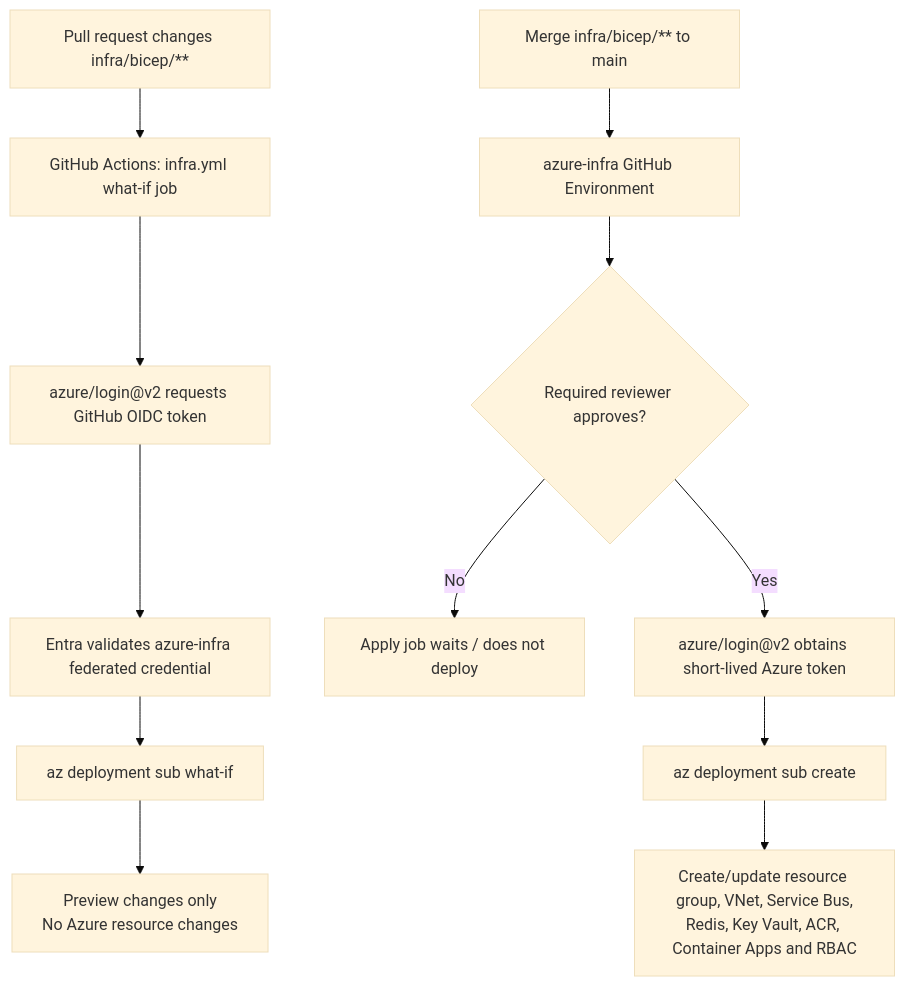
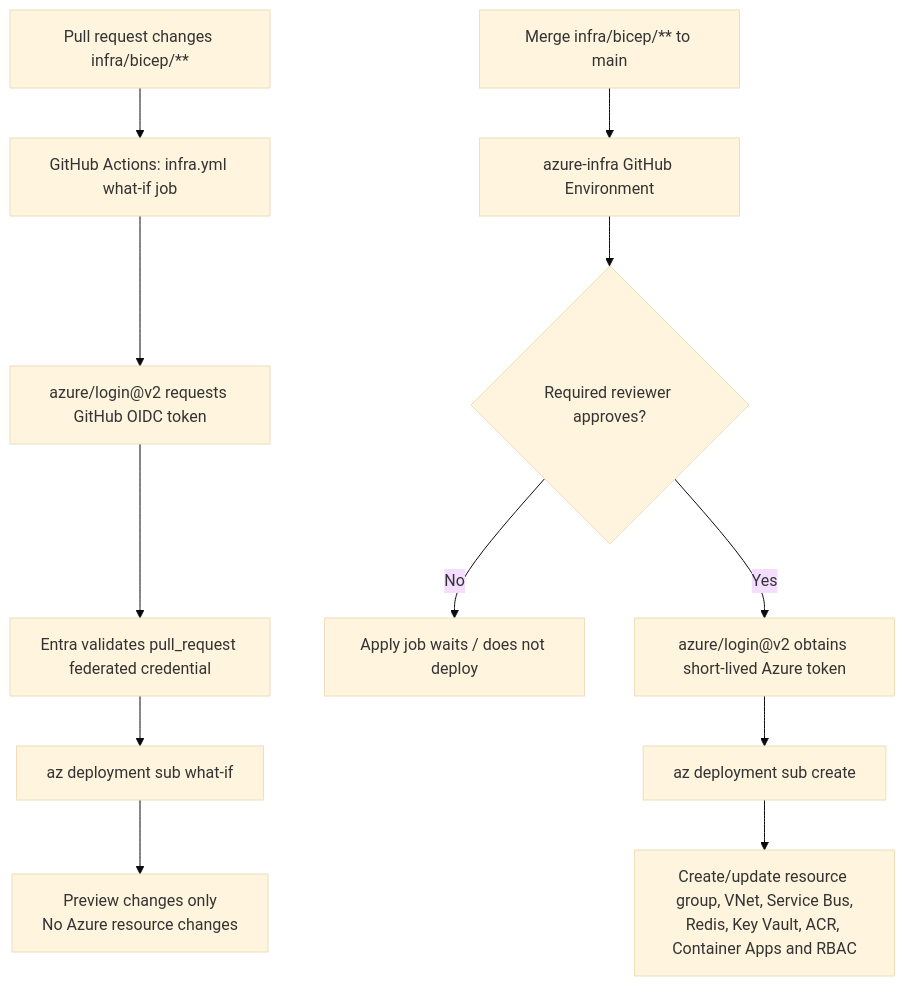
One commit to haudtech/transaction-validation changed the third of 6 diagrams in docs/azure_deployment/oidc_workflow_diagrams.md. Above: the diagram before and after it, drawn with Mermaid (base theme). The commit also changed other lines of this file and 4 other files, not shown here.

````diff
--- a/docs/azure_deployment/oidc_workflow_diagrams.md
+++ b/docs/azure_deployment/oidc_workflow_diagrams.md
@@ -79,15 +84,15 @@
 ```mermaid
 flowchart TB
     PR["Pull request changes infra/bicep/**"] --> WhatIf["GitHub Actions: infra.yml what-if job"]
     WhatIf --> LoginPreview["azure/login@v2 requests GitHub OIDC token"]
-    LoginPreview --> EntraPreview["Entra validates azure-infra federated credential"]
+    LoginPreview --> EntraPreview["Entra validates pull_request federated credential"]
     EntraPreview --> Preview["az deployment sub what-if"]
     Preview --> PRResult["Preview changes only<br/>No Azure resource changes"]
 
     Merge["Merge infra/bicep/** to main"] --> Gate["azure-infra GitHub Environment"]
     Gate --> Approval{"Required reviewer approves?"}
     Approval -->|No| Stop["Apply job waits / does not deploy"]
     Approval -->|Yes| LoginApply["azure/login@v2 obtains short-lived Azure token"]
     LoginApply --> Deploy["az deployment sub create"]
     Deploy --> Resources["Create/update resource group, VNet, Service Bus,<br/>Redis, Key Vault, ACR, Container Apps and RBAC"]
 ```
````
